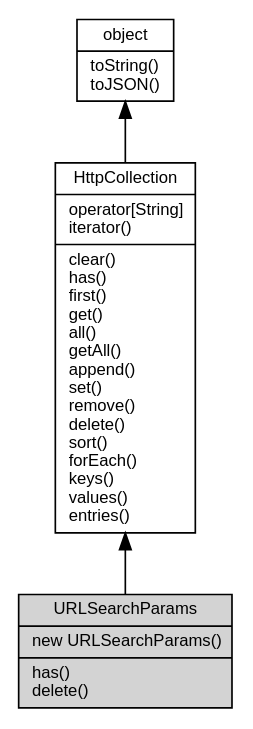
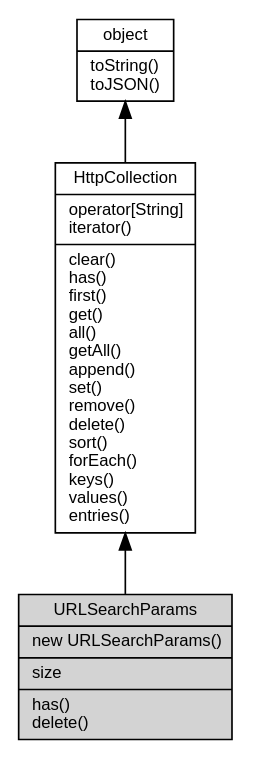
The diagram in docs/manual/object/ifs/URLSearchParams.md (fibjs/fibjs.org), drawn with Graphviz before and after one commit. The commit also changed other lines of this file and 241 other files, not shown here.

````diff
--- a/docs/manual/object/ifs/URLSearchParams.md
+++ b/docs/manual/object/ifs/URLSearchParams.md
@@ -95,12 +85,12 @@
 ```dot
 digraph {
     node [fontname="Helvetica,sans-Serif", fontsize=10, shape="record", style="filled", fillcolor="white"];
 
     object [tooltip="object", URL="object.md", label="{object|toString()\ltoJSON()\l}"];
     HttpCollection [tooltip="HttpCollection", URL="HttpCollection.md", label="{HttpCollection|operator[String]\literator()\l|clear()\lhas()\lfirst()\lget()\lall()\lgetAll()\lappend()\lset()\lremove()\ldelete()\lsort()\lforEach()\lkeys()\lvalues()\lentries()\l}"];
-    URLSearchParams [tooltip="URLSearchParams", fillcolor="lightgray", id="me", label="{URLSearchParams|new URLSearchParams()\l|has()\ldelete()\l}"];
+    URLSearchParams [tooltip="URLSearchParams", fillcolor="lightgray", id="me", label="{URLSearchParams|new URLSearchParams()\l|size\l|has()\ldelete()\l}"];
 
     object -> HttpCollection [dir=back];
     HttpCollection -> URLSearchParams [dir=back];
 }
 ```
````
